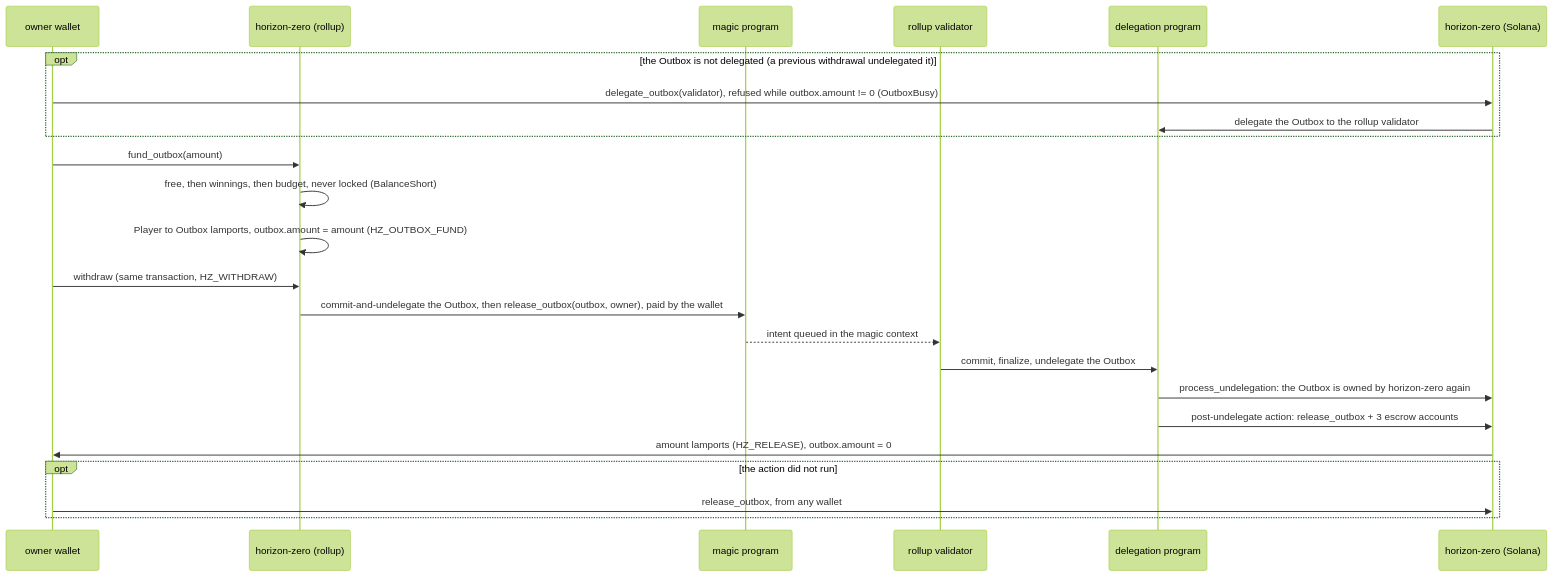
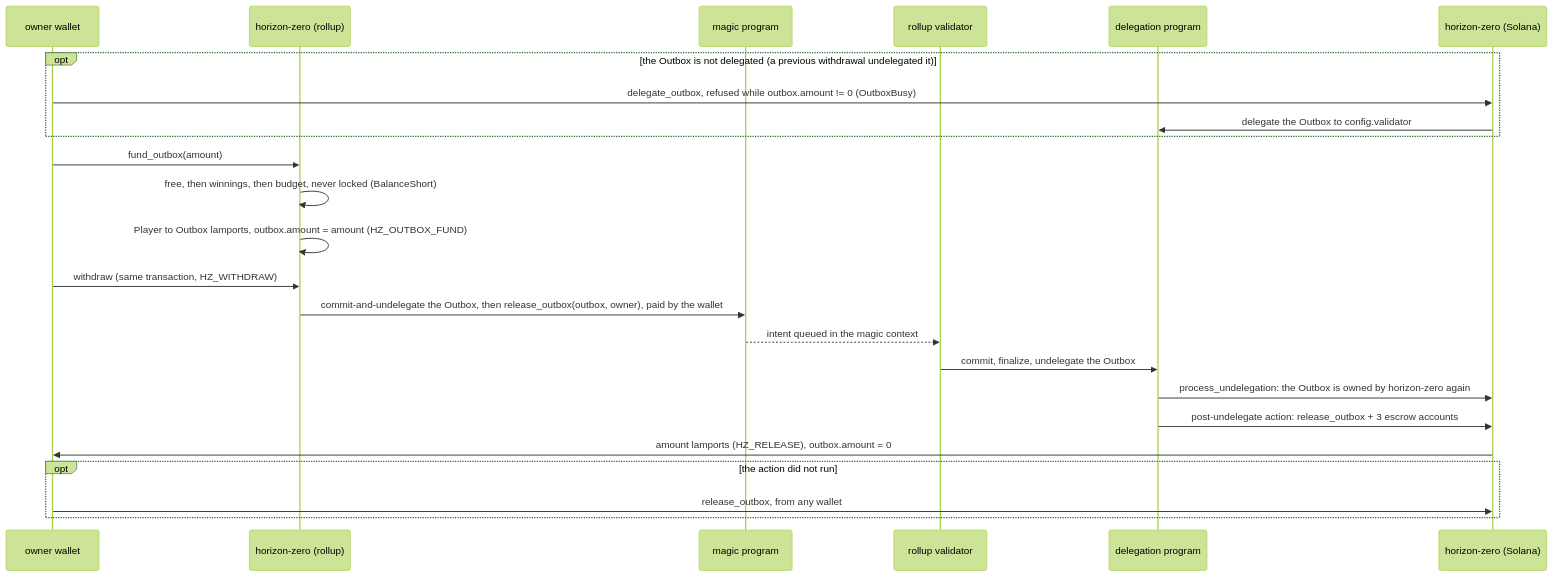
The third of 4 diagrams in docs/src/matchmaking.md (Dodecahedr0x/horizon-zero), drawn with Mermaid (forest theme) before and after one commit. The commit also changed other lines of this file and 7 other files, not shown here.

First line of the commit message:
feat: pin the rollup validator in Config for every delegation

````diff
--- a/docs/src/matchmaking.md
+++ b/docs/src/matchmaking.md
@@ -102,26 +102,26 @@
 ```mermaid
 sequenceDiagram
   participant Wallet as owner wallet
   participant ER as horizon-zero (rollup)
   participant Magic as magic program
   participant Validator as rollup validator
   participant DLP as delegation program
   participant Base as horizon-zero (Solana)
   opt the Outbox is not delegated (a previous withdrawal undelegated it)
-    Wallet->>Base: delegate_outbox(validator), refused while outbox.amount != 0 (OutboxBusy)
-    Base->>DLP: delegate the Outbox to the rollup validator
+    Wallet->>Base: delegate_outbox, refused while outbox.amount != 0 (OutboxBusy)
+    Base->>DLP: delegate the Outbox to config.validator
   end
   Wallet->>ER: fund_outbox(amount)
   ER->>ER: free, then winnings, then budget, never locked (BalanceShort)
   ER->>ER: Player to Outbox lamports, outbox.amount = amount (HZ_OUTBOX_FUND)
   Wallet->>ER: withdraw (same transaction, HZ_WITHDRAW)
   ER->>Magic: commit-and-undelegate the Outbox, then release_outbox(outbox, owner), paid by the wallet
   Magic-->>Validator: intent queued in the magic context
   Validator->>DLP: commit, finalize, undelegate the Outbox
   DLP->>Base: process_undelegation: the Outbox is owned by horizon-zero again
   DLP->>Base: post-undelegate action: release_outbox + 3 escrow accounts
   Base->>Wallet: amount lamports (HZ_RELEASE), outbox.amount = 0
   opt the action did not run
     Wallet->>Base: release_outbox, from any wallet
   end
 ```
````
